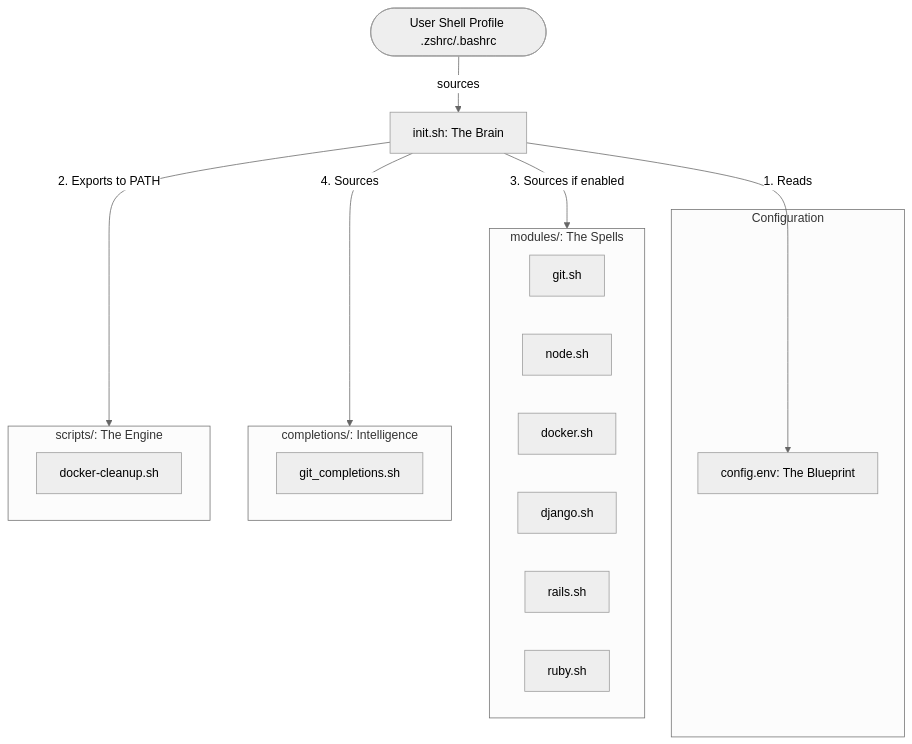
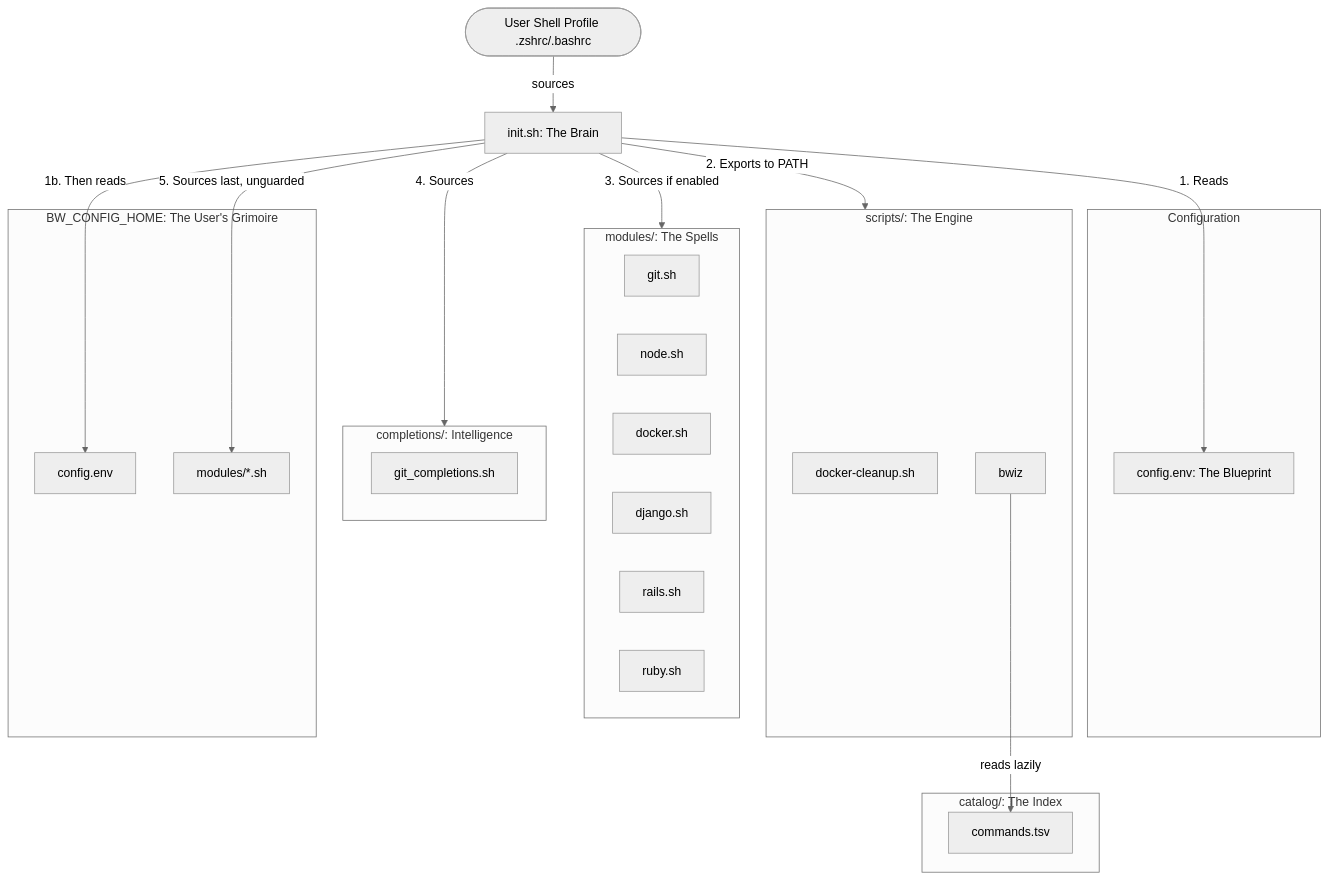
Before and after one commit to CarlosLeonCode/bash-wizardry: the diagram in AGENTS.md, drawn with Mermaid (neutral theme). The commit also changed other lines of this file and 24 other files, not shown here.

First line of the commit message:
feat: user modules, command catalog and bwiz CLI

````diff
--- a/AGENTS.md
+++ b/AGENTS.md
@@ -45,30 +45,43 @@
 ```mermaid
 graph TD
     User([User Shell Profile .zshrc/.bashrc]) -->|sources| Init[init.sh: The Brain]
     
     subgraph Config [Configuration]
         Env[config.env: The Blueprint]
     end
     
     subgraph Modules [modules/: The Spells]
         Git[git.sh]
         Node[node.sh]
         Docker[docker.sh]
         Django[django.sh]
         Rails[rails.sh]
         Ruby[ruby.sh]
     end
     
     subgraph Completions [completions/: Intelligence]
         GitComp[git_completions.sh]
     end
     
     subgraph Engine [scripts/: The Engine]
         DkrClean[docker-cleanup.sh]
+        Bwiz[bwiz]
+    end
+
+    subgraph Catalog [catalog/: The Index]
+        Tsv[commands.tsv]
+    end
+
+    subgraph UserHome [BW_CONFIG_HOME: The User's Grimoire]
+        UserEnv[config.env]
+        UserMods[modules/*.sh]
     end
     
     Init -->|1. Reads| Env
+    Init -->|1b. Then reads| UserEnv
     Init -->|2. Exports to PATH| Engine
     Init -->|3. Sources if enabled| Modules
     Init -->|4. Sources| Completions
+    Init -->|5. Sources last, unguarded| UserMods
+    Bwiz -->|reads lazily| Tsv
 ```
````
